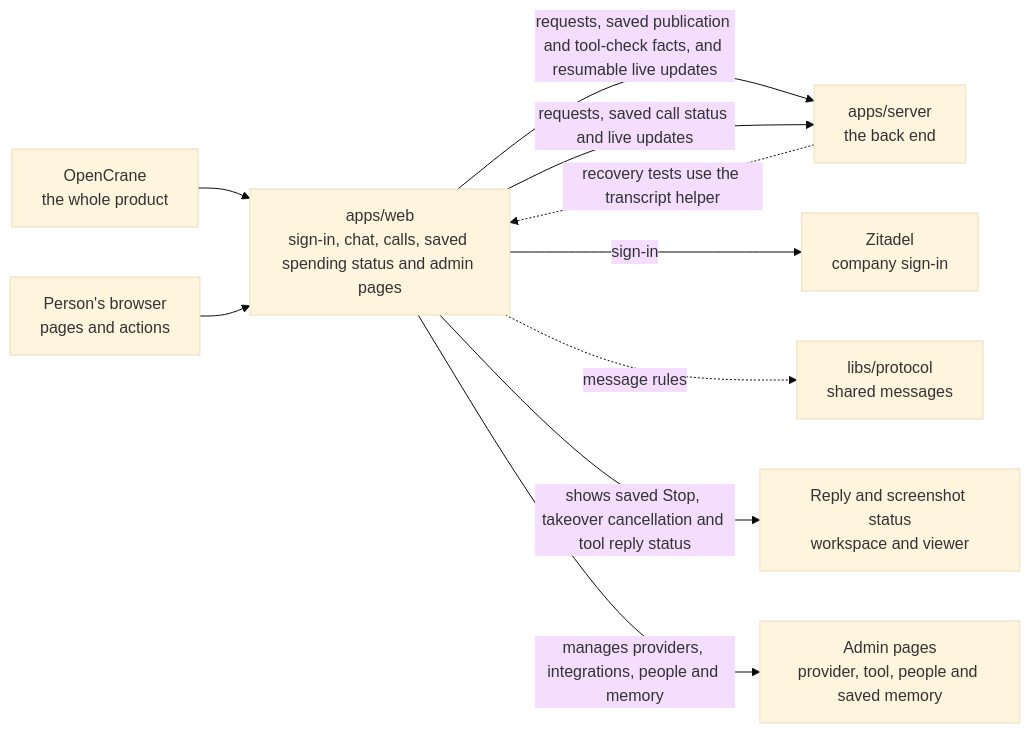
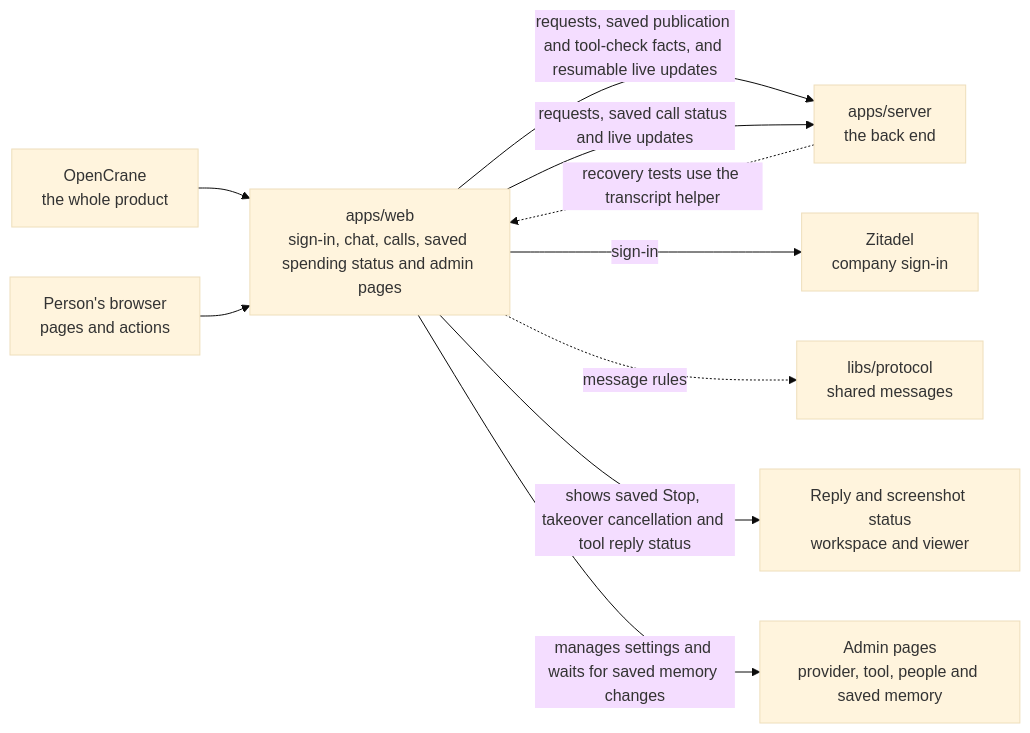
The diagram in apps/web/README.md (elewa-git/opencrane-new), drawn with Mermaid (base theme) before and after one commit. The commit also changed other lines of this file and 8 other files, not shown here.

Commit message:
🐛 Wait for saved memory revisions before forgetting

````diff
--- a/apps/web/README.md
+++ b/apps/web/README.md
@@ -16,12 +16,12 @@
 ```mermaid
 flowchart LR
   system["OpenCrane<br/>the whole product"] --> web["apps/web<br/>the website"]
   browser["Person's browser<br/>pages and actions"] --> web
   web -->|requests, saved publication and tool-check facts, and resumable live updates| server["apps/server<br/>the back end"]
   server -.->|recovery tests use the transcript helper| web
   web["apps/web<br/>sign-in, chat, calls, saved spending status and admin pages"] -->|requests, saved call status and live updates| server["apps/server<br/>the back end"]
   web -->|sign-in| zitadel["Zitadel<br/>company sign-in"]
   web -.->|message rules| protocol["libs/protocol<br/>shared messages"]
   web -->|shows saved Stop, takeover cancellation and tool reply status| capture["Reply and screenshot status<br/>workspace and viewer"]
-  web -->|manages providers, integrations, people and memory| admin["Admin pages<br/>provider, tool, people and saved memory"]
+  web -->|manages settings and waits for saved memory changes| admin["Admin pages<br/>provider, tool, people and saved memory"]
 ```
````
